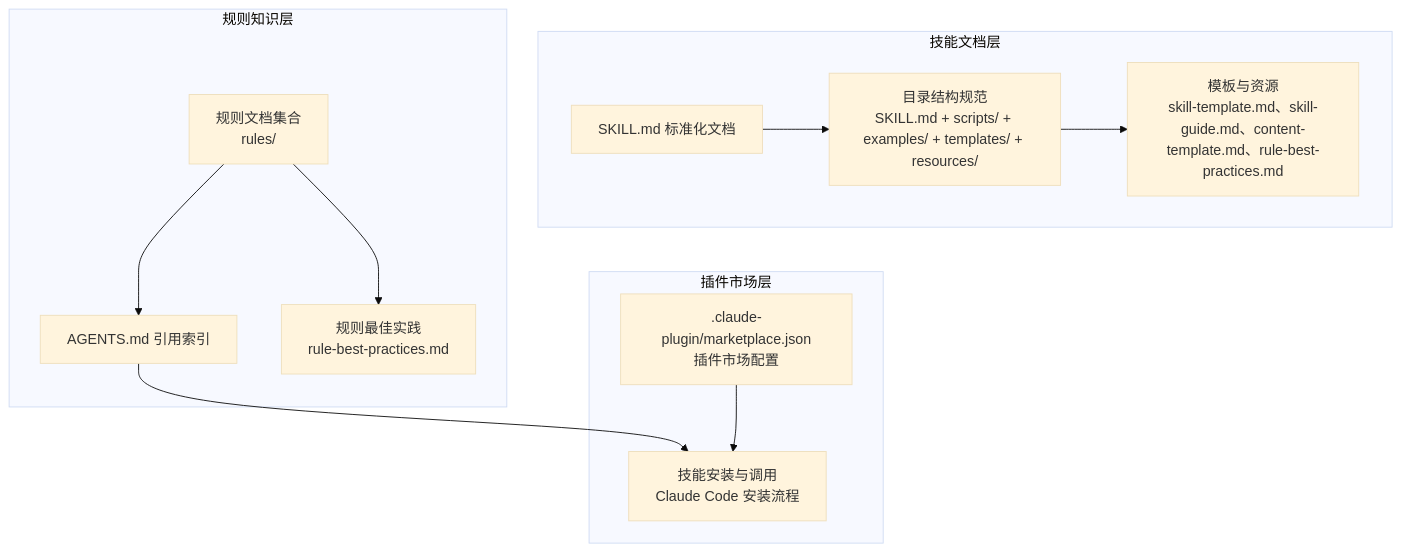
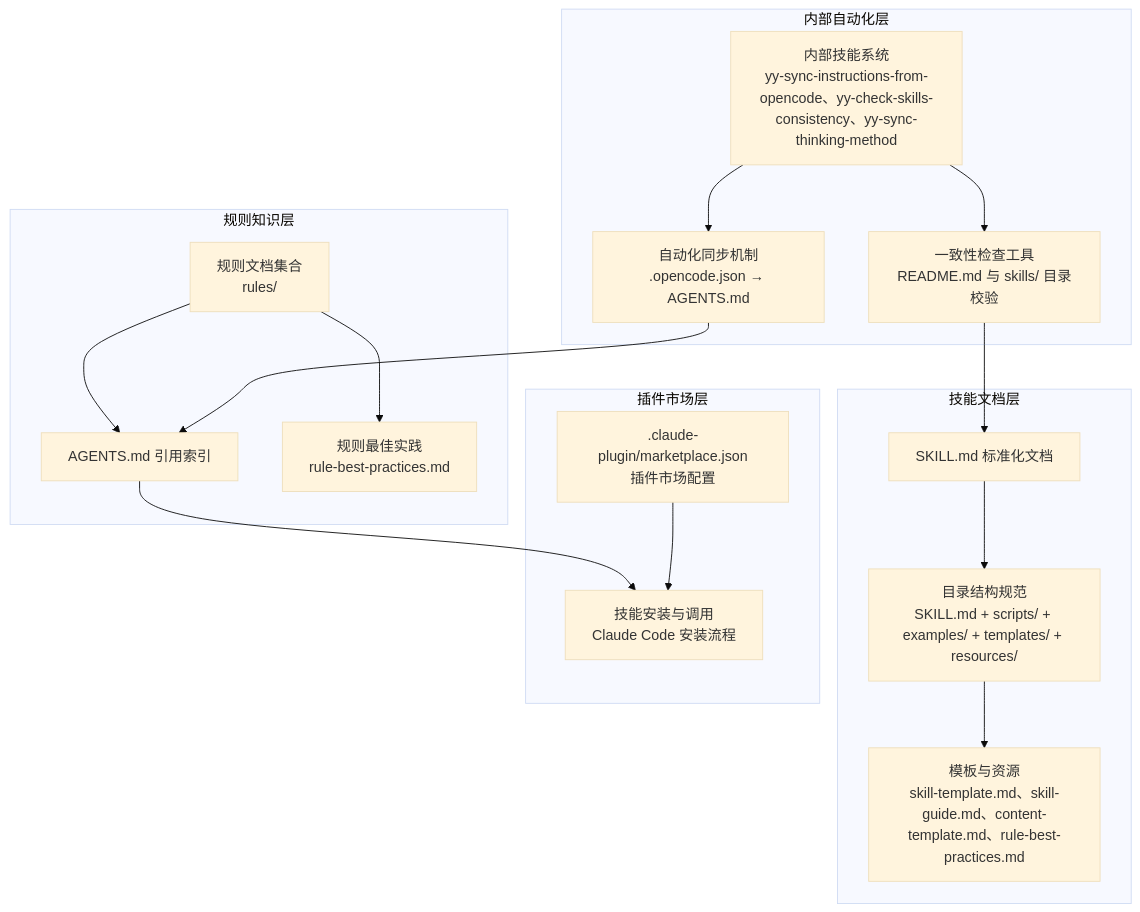
Before and after one commit to bulls-cows/skills: the second of 9 diagrams in .qoder/repowiki/zh/content/技能系统/技能系统.md, drawn with Mermaid (base theme). The commit also changed other lines of this file and 3 other files, not shown here.

````diff
--- a/.qoder/repowiki/zh/content/技能系统/技能系统.md
+++ b/.qoder/repowiki/zh/content/技能系统/技能系统.md
@@ -80,23 +107,32 @@
 ```mermaid
 graph TB
 subgraph "技能文档层"
 A["SKILL.md 标准化文档"]
 B["目录结构规范<br/>SKILL.md + scripts/ + examples/ + templates/ + resources/"]
 C["模板与资源<br/>skill-template.md、skill-guide.md、content-template.md、rule-best-practices.md"]
 end
 subgraph "规则知识层"
 D["规则文档集合<br/>rules/"]
 E["AGENTS.md 引用索引"]
 F["规则最佳实践<br/>rule-best-practices.md"]
 end
 subgraph "插件市场层"
 G[".claude-plugin/marketplace.json<br/>插件市场配置"]
 H["技能安装与调用<br/>Claude Code 安装流程"]
 end
+subgraph "内部自动化层"
+I["内部技能系统<br/>yy-sync-instructions-from-opencode、yy-check-skills-consistency、yy-sync-thinking-method"]
+J["自动化同步机制<br/>.opencode.json → AGENTS.md"]
+K["一致性检查工具<br/>README.md 与 skills/ 目录校验"]
+end
 A --> B
 B --> C
 D --> E
 D --> F
 E --> H
 G --> H
+I --> J
+I --> K
+J --> E
+K --> A
 ```
````
